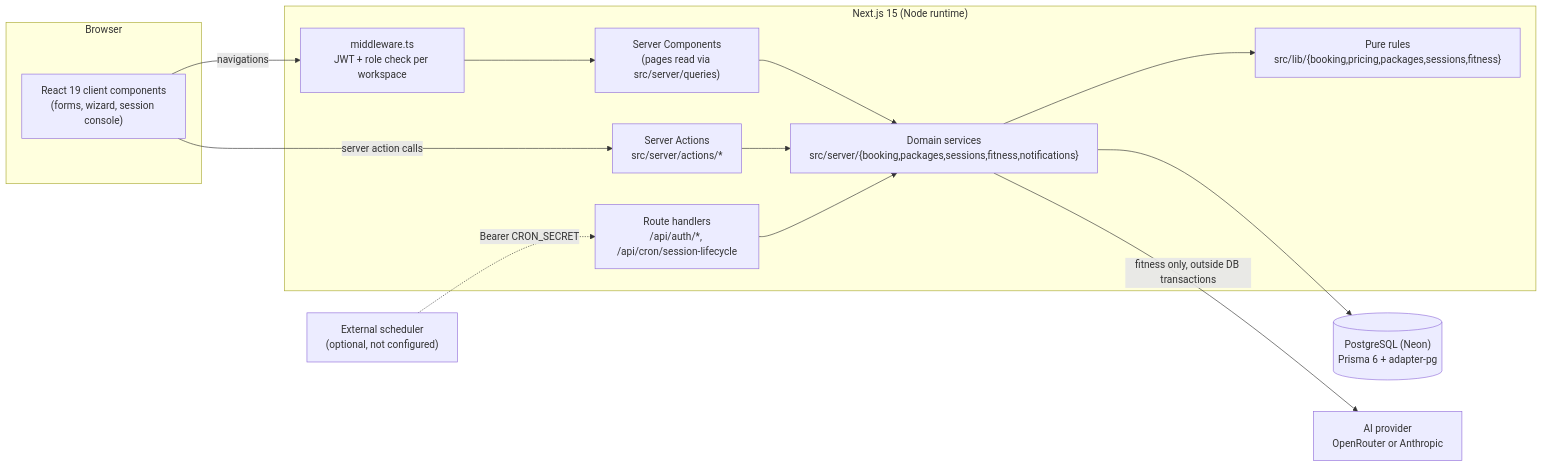
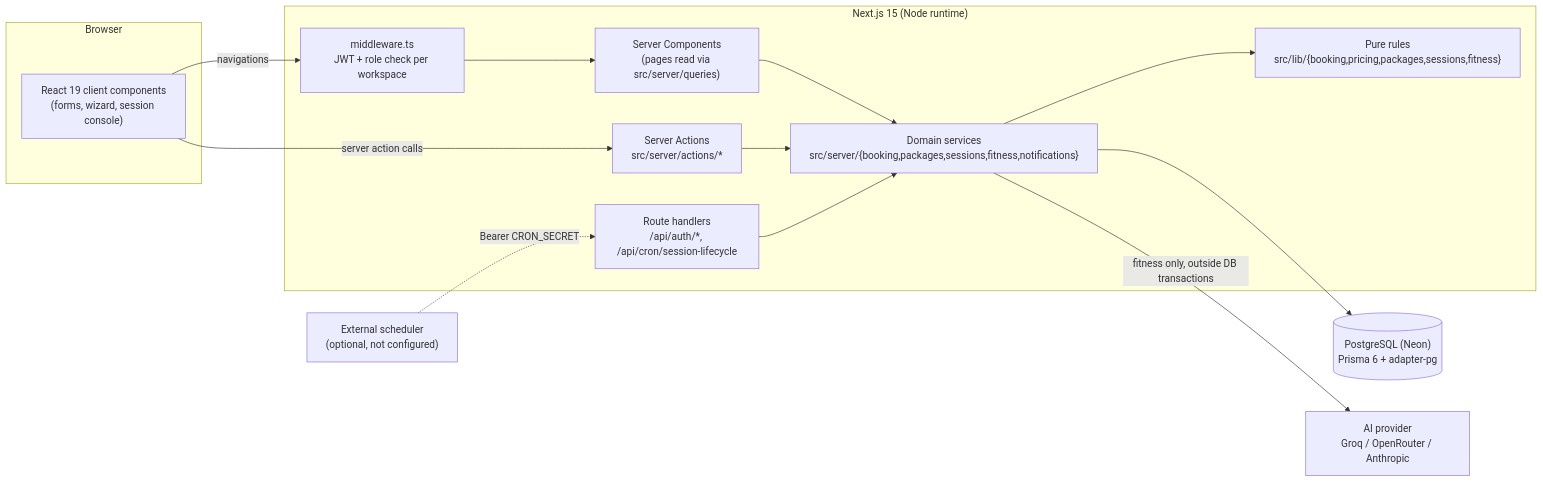
One commit to devhimanshuu/Zuryo changed the first of 2 diagrams in docs/architecture.md. Above: the diagram before and after it, drawn with Mermaid. The commit also changed other lines of this file and 6 other files, not shown here.

````diff
--- a/docs/architecture.md
+++ b/docs/architecture.md
@@ -13,27 +13,27 @@
 ```mermaid
 flowchart LR
   subgraph Browser
     UI["React 19 client components<br/>(forms, wizard, session console)"]
   end
   subgraph "Next.js 15 (Node runtime)"
     MW["middleware.ts<br/>JWT + role check per workspace"]
     RSC["Server Components<br/>(pages read via src/server/queries)"]
     SA["Server Actions<br/>src/server/actions/*"]
     RH["Route handlers<br/>/api/auth/*, /api/cron/session-lifecycle"]
     SVC["Domain services<br/>src/server/{booking,packages,sessions,fitness,notifications}"]
     LIB["Pure rules<br/>src/lib/{booking,pricing,packages,sessions,fitness}"]
   end
   DB[("PostgreSQL (Neon)<br/>Prisma 6 + adapter-pg")]
-  AI["AI provider<br/>OpenRouter or Anthropic"]
+  AI["AI provider<br/>Groq / OpenRouter / Anthropic"]
   SCHED["External scheduler<br/>(optional, not configured)"]
 
   UI -->|server action calls| SA
   UI -->|navigations| MW --> RSC
   RSC --> SVC
   SA --> SVC
   RH --> SVC
   SVC --> LIB
   SVC --> DB
   SVC -->|fitness only, outside DB transactions| AI
   SCHED -.->|Bearer CRON_SECRET| RH
 ```
````
